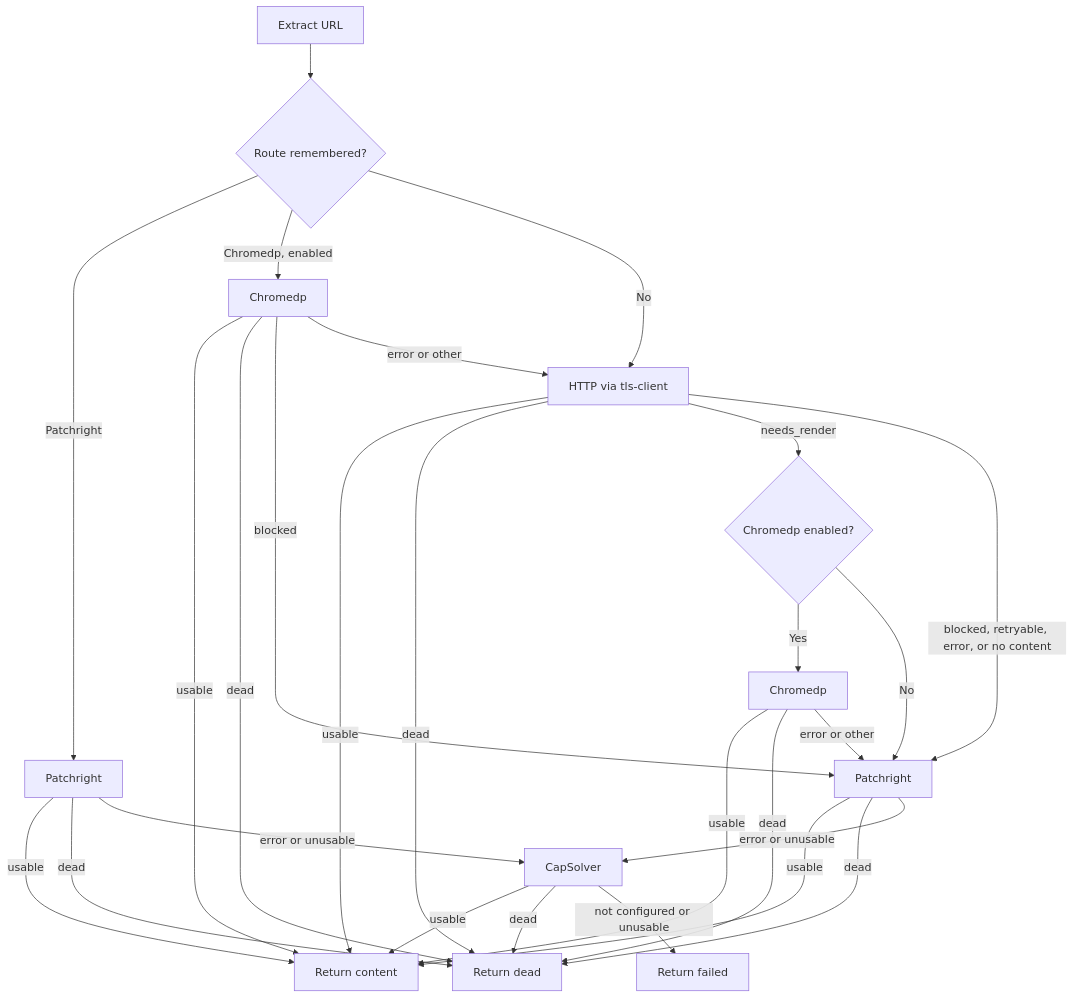
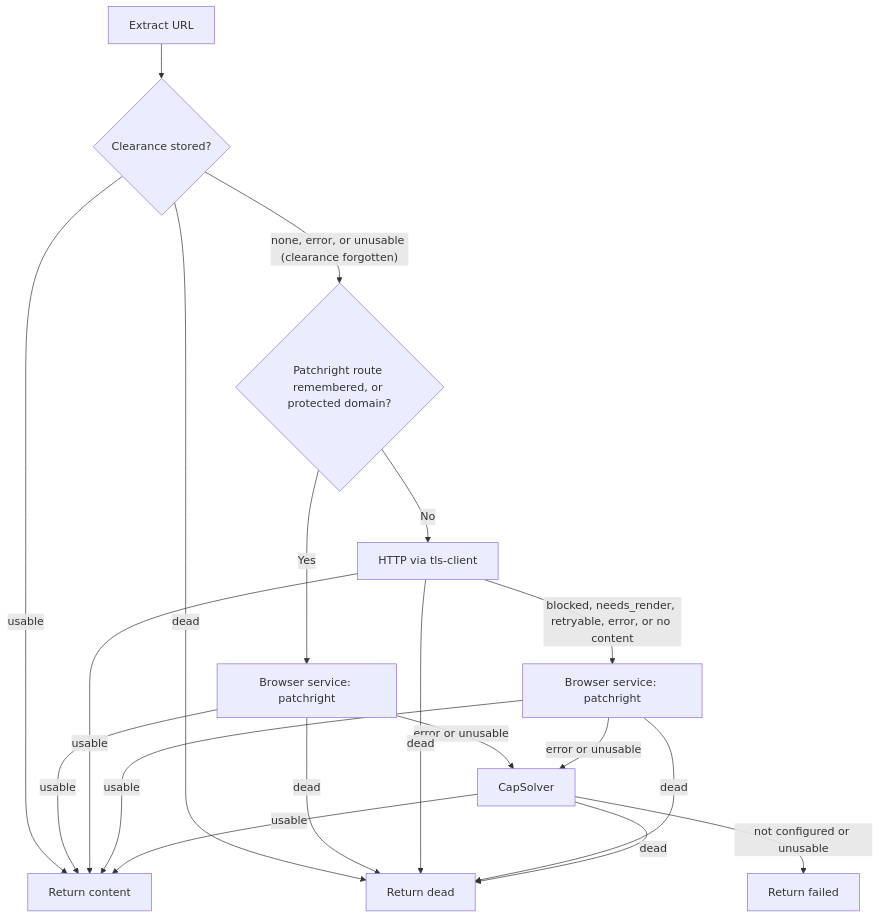
Before and after one commit to simonbalfe/pagelode: the first of 2 diagrams in docs/browser-routing.md, drawn with Mermaid. The commit also changed other lines of this file and 12 other files, not shown here.

First line of the commit message:
Document the single browser service

````diff
--- a/docs/browser-routing.md
+++ b/docs/browser-routing.md
@@ -90,34 +94,24 @@
 ```mermaid
 flowchart TD
-    Start[Extract URL] --> Memory{Route remembered?}
-    Memory -- Patchright --> PP[Patchright]
-    Memory -- Chromedp, enabled --> PC[Chromedp]
+    Start[Extract URL] --> Replay{Clearance stored?}
+    Replay -- usable --> Done[Return content]
+    Replay -- dead --> Dead[Return dead]
+    Replay -- "none, error, or unusable (clearance forgotten)" --> Memory{"Patchright route remembered, or protected domain?"}
+    Memory -- Yes --> PP[Browser service: patchright]
     Memory -- No --> TLS[HTTP via tls-client]
-
-    PC -- usable --> Done[Return content]
-    PC -- dead --> Dead[Return dead]
-    PC -- blocked --> P[Patchright]
-    PC -- error or other --> TLS
 
     PP -- usable --> Done
     PP -- dead --> Dead
     PP -- error or unusable --> CS[CapSolver]
 
     TLS -- usable --> Done
     TLS -- dead --> Dead
-    TLS -- needs_render --> C{Chromedp enabled?}
-    TLS -- blocked, retryable, error, or no content --> P
-
-    C -- Yes --> CD[Chromedp]
-    C -- No --> P
-    CD -- usable --> Done
-    CD -- dead --> Dead
-    CD -- error or other --> P
+    TLS -- "blocked, needs_render, retryable, error, or no content" --> P[Browser service: patchright]
 
     P -- usable --> Done
     P -- dead --> Dead
     P -- error or unusable --> CS
     CS -- usable --> Done
     CS -- dead --> Dead
     CS -- not configured or unusable --> Failed[Return failed]
 ```
````
